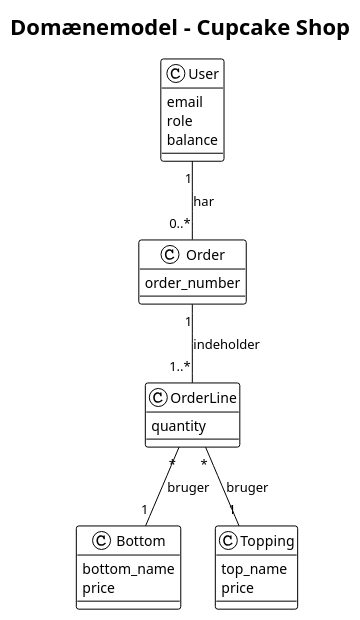
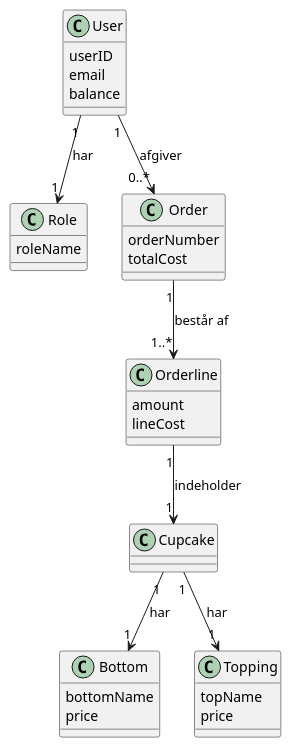
One commit to CupcakeProjekt/Cupcake changed the diagram in src/main/resources/diagram/domænemodel.cupcake.puml. Above: the diagram before and after it, drawn with PlantUML. The commit also changed 9 other files, not shown here.

```diff
--- a/src/main/resources/diagram/domænemodel.cupcake.puml
+++ b/src/main/resources/diagram/domænemodel.cupcake.puml
@@ -1,35 +1,41 @@
 @startuml
-!theme plain
-
-title Domænemodel - Cupcake Shop
-
 class User {
+  userID
   email
-  role
   balance
 }
 
-class Order {
-  order_number
+class Role {
+  roleName
 }
 
-class OrderLine {
-  quantity
+class Order {
+  orderNumber
+  totalCost
 }
 
+class Orderline {
+  amount
+  lineCost
+}
+
+class Cupcake
+
 class Bottom {
-  bottom_name
+  bottomName
   price
 }
 
 class Topping {
-  top_name
+  topName
   price
 }
 
-User "1" -- "0..*" Order : har
-Order "1" -- "1..*" OrderLine : indeholder
-OrderLine "*" -- "1" Bottom : bruger
-OrderLine "*" -- "1" Topping : bruger
+User "1" --> "1" Role : har
+User "1" --> "0..*" Order : afgiver
+Order "1" --> "1..*" Orderline : består af
+Orderline "1" --> "1" Cupcake : indeholder
+Cupcake "1" --> "1" Bottom : har
+Cupcake "1" --> "1" Topping : har
 
 @enduml
```
